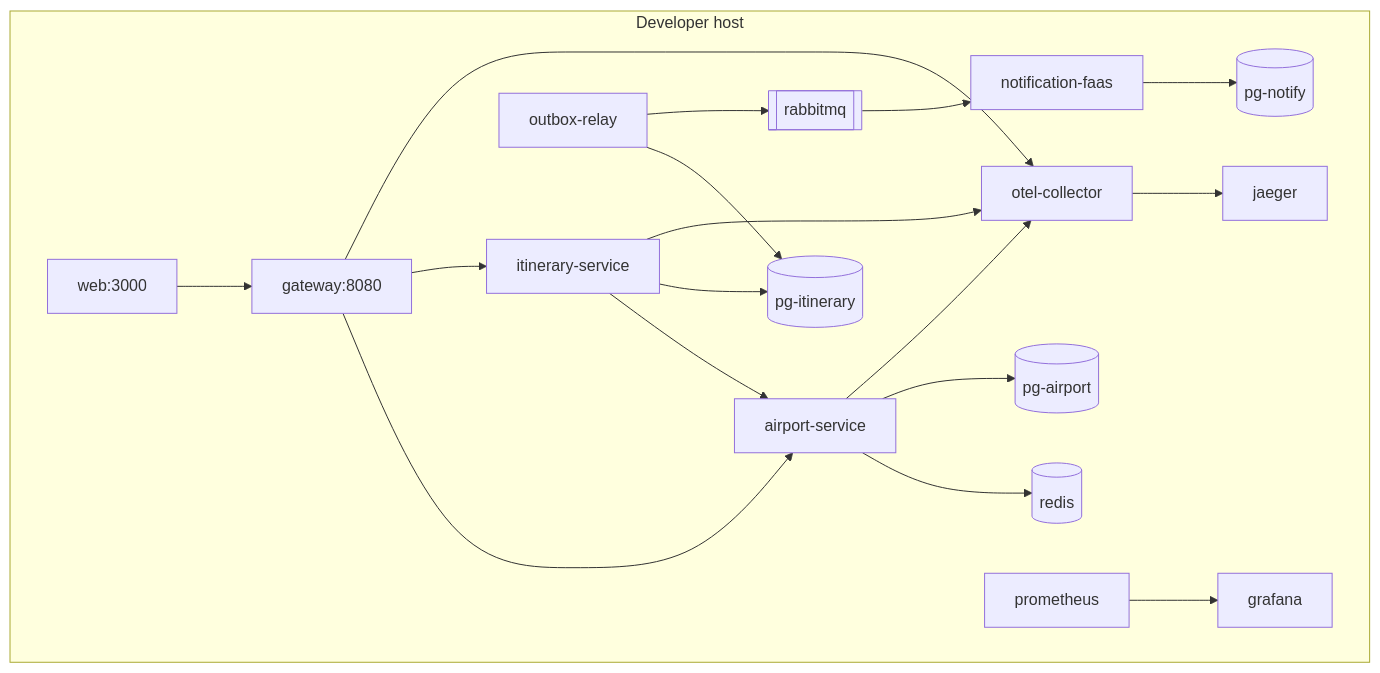
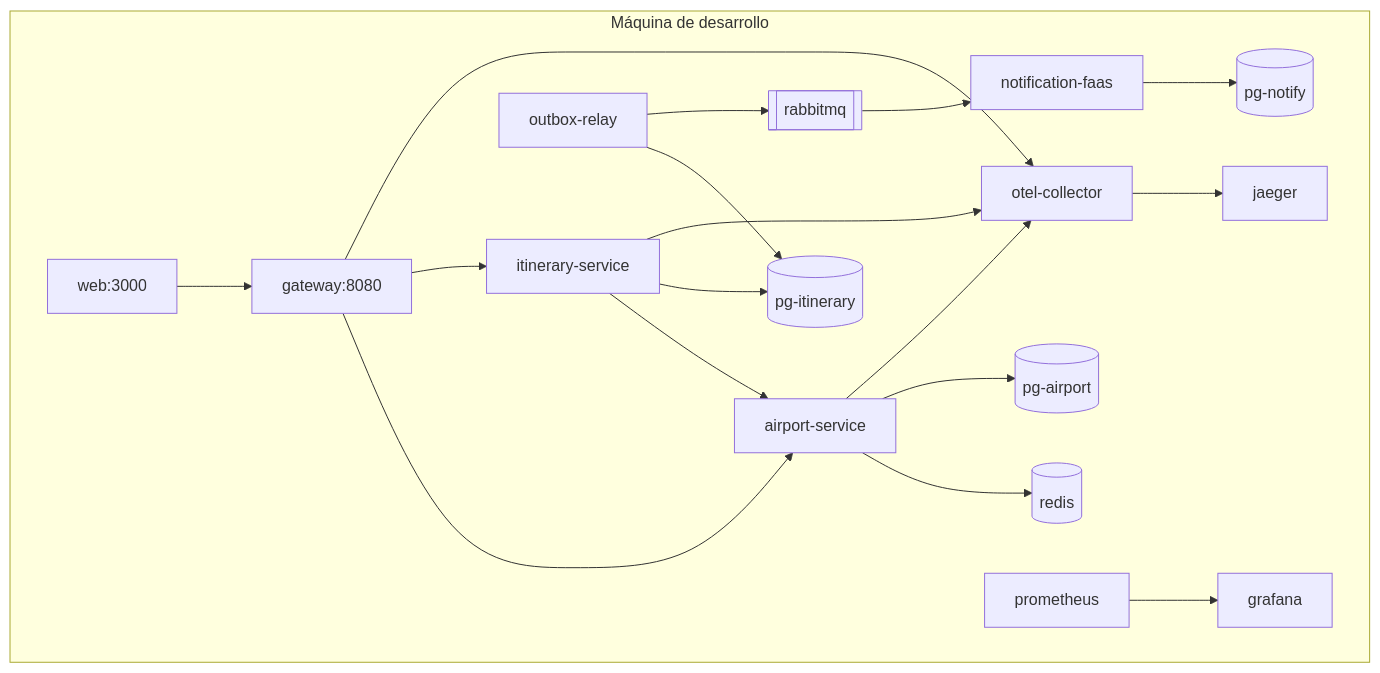
The first of 2 diagrams in wiki/Diagrams-deployment.md (bue221/proyecto-arquitectura-software-emergente), drawn with Mermaid before and after one commit. The commit also changed other lines of this file and 38 other files, not shown here.

````diff
--- a/wiki/Diagrams-deployment.md
+++ b/wiki/Diagrams-deployment.md
@@ -8,37 +8,37 @@
 ```mermaid
 flowchart TB
-  subgraph host [Developer host]
+  subgraph host [Máquina de desarrollo]
     WEB[web:3000]
     GW[gateway:8080]
     AIR[airport-service]
     ITI[itinerary-service]
     RELAY[outbox-relay]
     FAAS[notification-faas]
     PG1[(pg-airport)]
     PG2[(pg-itinerary)]
     PG3[(pg-notify)]
     REDIS[(redis)]
     RMQ[[rabbitmq]]
     OTEL[otel-collector]
     JAEGER[jaeger]
     PROM[prometheus]
     GRAF[grafana]
   end
 
   WEB --> GW
   GW --> AIR
   GW --> ITI
   ITI --> AIR
   ITI --> PG2
   RELAY --> PG2
   RELAY --> RMQ
   AIR --> REDIS
   AIR --> PG1
   RMQ --> FAAS
   FAAS --> PG3
   AIR --> OTEL
   ITI --> OTEL
   GW --> OTEL
   OTEL --> JAEGER
   PROM --> GRAF
 ```
````
